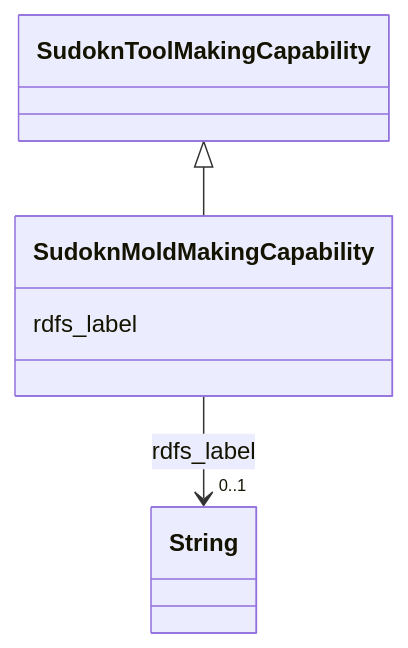
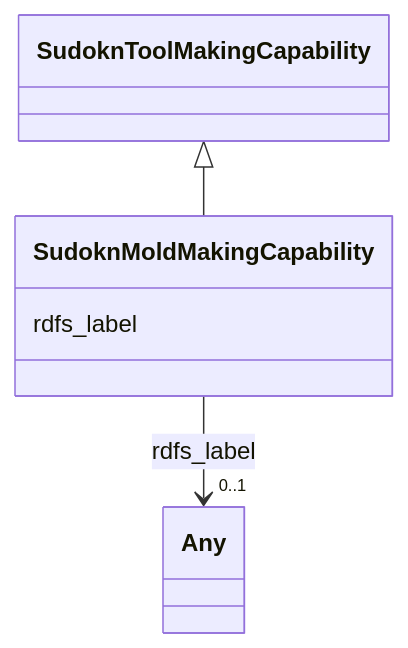
One commit to frink-okn/graph-descriptions changed the diagram in sudokn-kg/classes/SudoknMoldMakingCapability.md. Above: the diagram before and after it, drawn with Mermaid. The commit also changed other lines of this file and 903 other files, not shown here.

````diff
--- a/sudokn-kg/classes/SudoknMoldMakingCapability.md
+++ b/sudokn-kg/classes/SudoknMoldMakingCapability.md
@@ -23,18 +18,18 @@
 ```mermaid
  classDiagram
     class SudoknMoldMakingCapability
     click SudoknMoldMakingCapability href "../SudoknMoldMakingCapability"
       SudoknToolMakingCapability <|-- SudoknMoldMakingCapability
         click SudoknToolMakingCapability href "../SudoknToolMakingCapability"
       
       SudoknMoldMakingCapability : rdfs_label
         
           
     
     
-    SudoknMoldMakingCapability --> "0..1" String : rdfs_label
-    click String href "../String"
+    SudoknMoldMakingCapability --> "0..1" Any : rdfs_label
+    click Any href "../Any"
 
         
       
 ```
````
